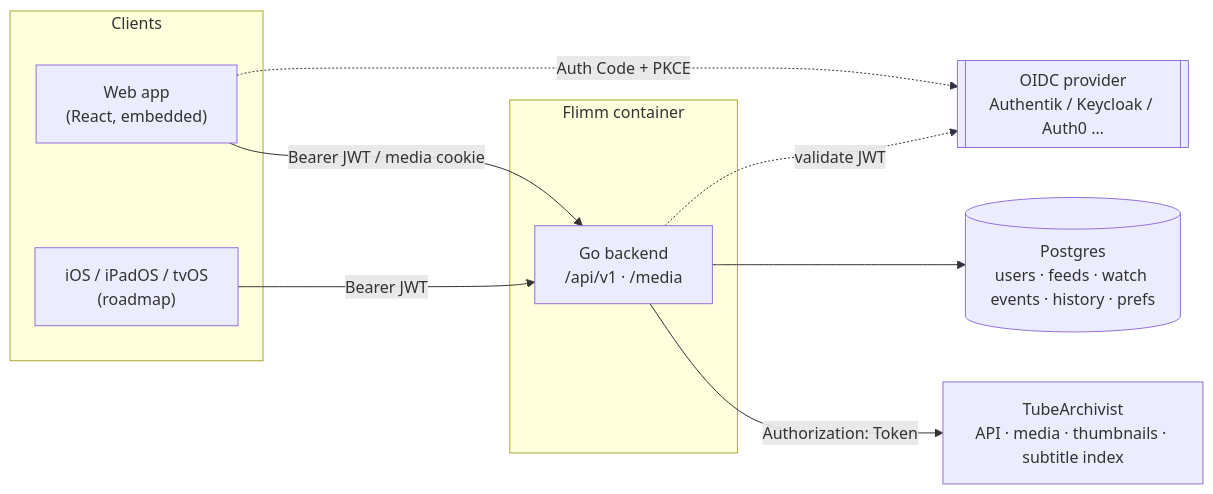
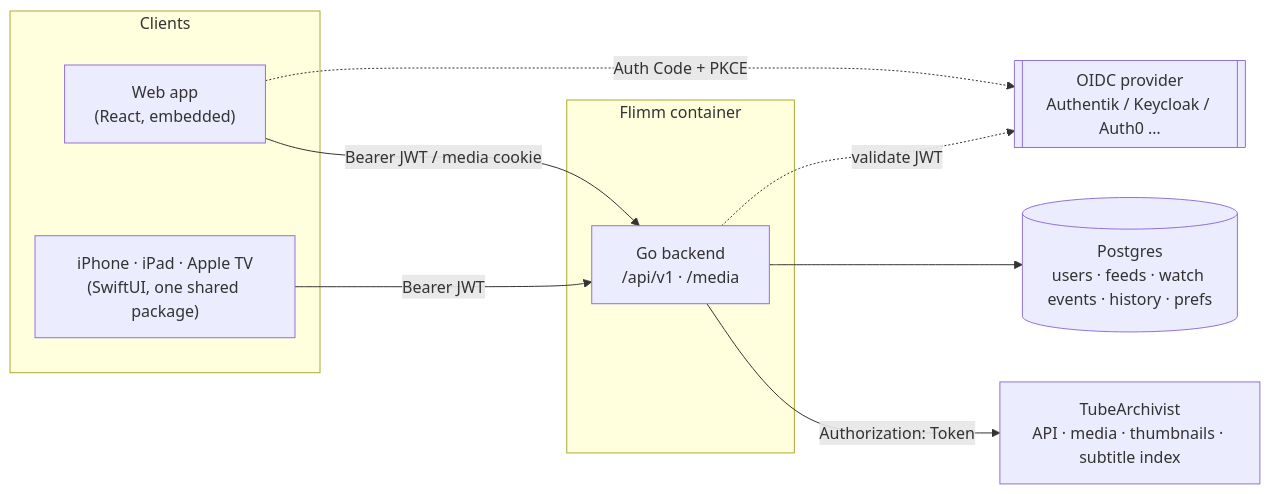
Before and after one commit to Seklfreak/flimm: the diagram in README.md, drawn with Mermaid. The commit also changed other lines of this file and 144 other files, not shown here.

First line of the commit message:
Add native iOS, iPadOS and tvOS apps

````diff
--- a/README.md
+++ b/README.md
@@ -42,20 +42,20 @@
 ```mermaid
 flowchart LR
   subgraph clients [Clients]
     Web["Web app<br/>(React, embedded)"]
-    Native["iOS / iPadOS / tvOS<br/>(roadmap)"]
+    Native["iPhone · iPad · Apple TV<br/>(SwiftUI, one shared package)"]
   end
   subgraph flimm [Flimm container]
     API["Go backend<br/>/api/v1 · /media"]
   end
   PG[(Postgres<br/>users · feeds · watch events · history · prefs)]
   OIDC[["OIDC provider<br/>Authentik / Keycloak / Auth0 …"]]
   TA["TubeArchivist<br/>API · media · thumbnails · subtitle index"]
 
   Web -- "Bearer JWT / media cookie" --> API
   Native -- "Bearer JWT" --> API
   Web -. "Auth Code + PKCE" .-> OIDC
   API -. "validate JWT" .-> OIDC
   API --> PG
   API -- "Authorization: Token" --> TA
 ```
````
